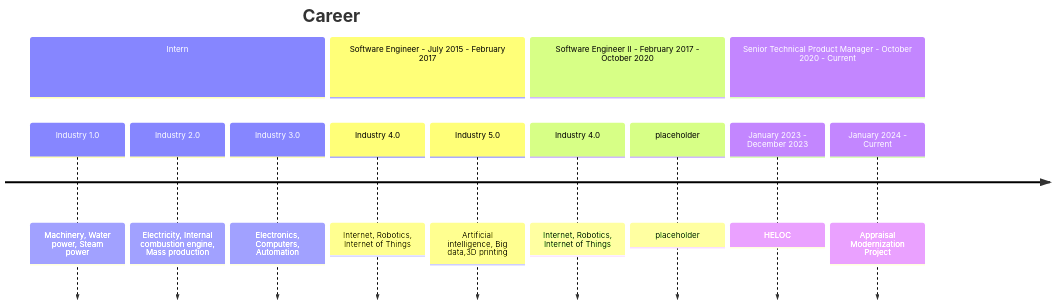
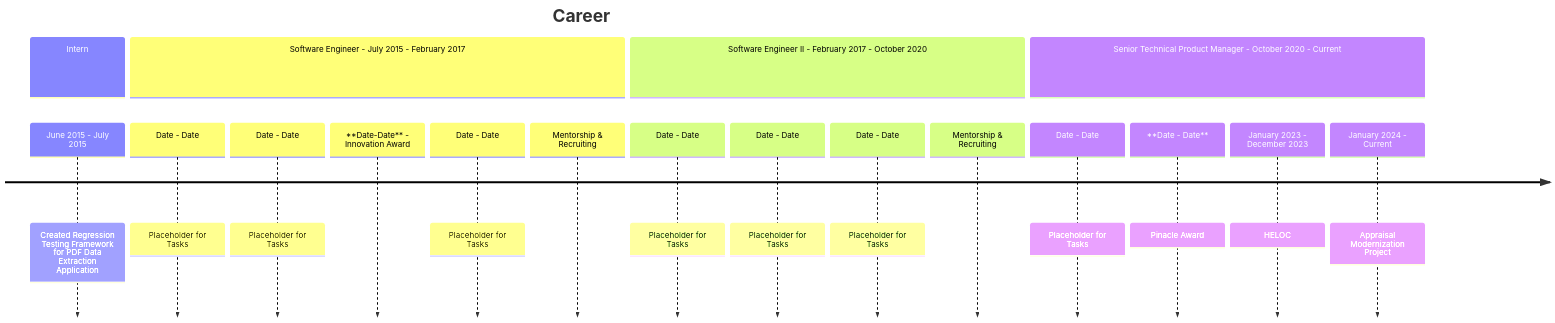
One commit to jonunderw/jonunderw.github.io changed the diagram in career-timeline.md. Above: the diagram before and after it, drawn with Mermaid. The commit also changed 6 other files, not shown here.

````diff
--- a/career-timeline.md
+++ b/career-timeline.md
@@ -1,17 +1,22 @@
 ```mermaid
 timeline
     title Career
     section Intern
-        Industry 1.0 : Machinery, Water power, Steam <br>power
-        Industry 2.0 : Electricity, Internal combustion engine, Mass production
-        Industry 3.0 : Electronics, Computers, Automation
+        June 2015 - July 2015 : Created Regression Testing Framework for PDF Data Extraction Application
     section Software Engineer  -     July 2015 - February 2017
-        Industry 4.0 : Internet, Robotics, Internet of Things
-        Industry 5.0 : Artificial intelligence, Big data,3D printing
+        Date - Date : Placeholder for Tasks
+        Date - Date : Placeholder for Tasks
+        **Date-Date** - Innovation Award
+        Date - Date : Placeholder for Tasks
+        Mentorship & Recruiting
     section Software Engineer II  -     February 2017 - October 2020
-        Industry 4.0 : Internet, Robotics, Internet of Things
-        placeholder : placeholder
+        Date - Date : Placeholder for Tasks
+        Date - Date : Placeholder for Tasks
+        Date - Date : Placeholder for Tasks
+        Mentorship & Recruiting
     section Senior Technical Product Manager  -     October 2020 - Current
+        Date - Date : Placeholder for Tasks
+        **Date - Date** : Pinacle Award
         January 2023 - December 2023 : HELOC
         January 2024 - Current : Appraisal Modernization Project
 ```
````
